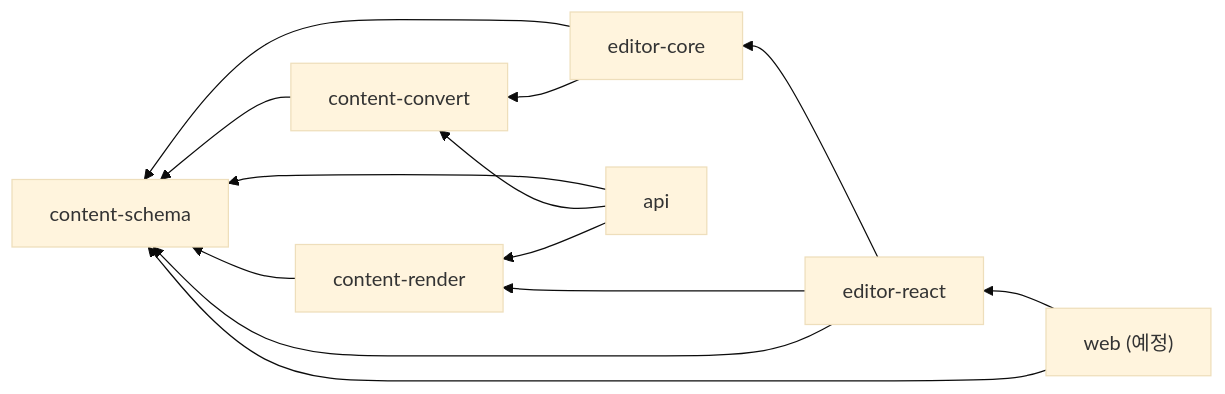
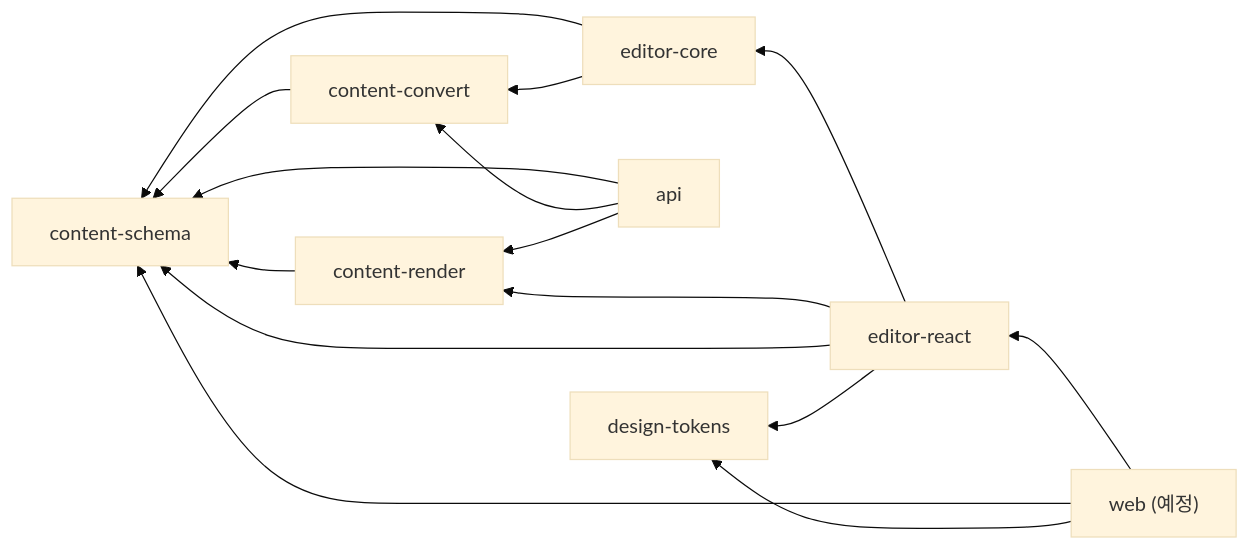
Before and after one commit to cgamja/blog-editor: the first of 2 diagrams in README.md, drawn with Mermaid (base theme). The commit also changed other lines of this file and 20 other files, not shown here.

First line of the commit message:
chore(design-tokens): web · editor-react 디자인 토큰 CSS 공유

````diff
--- a/README.md
+++ b/README.md
@@ -58,15 +58,17 @@
 ```mermaid
 flowchart RL
   render[content-render] --> schema[content-schema]
   convert[content-convert] --> schema
   core[editor-core] --> schema
   core --> convert
   react[editor-react] --> core
   react --> render
   react --> schema
   api --> schema
   api --> convert
   api --> render
   web["web (예정)"] --> react
   web --> schema
+  web --> tokens[design-tokens]
+  react --> tokens
 ```
````
